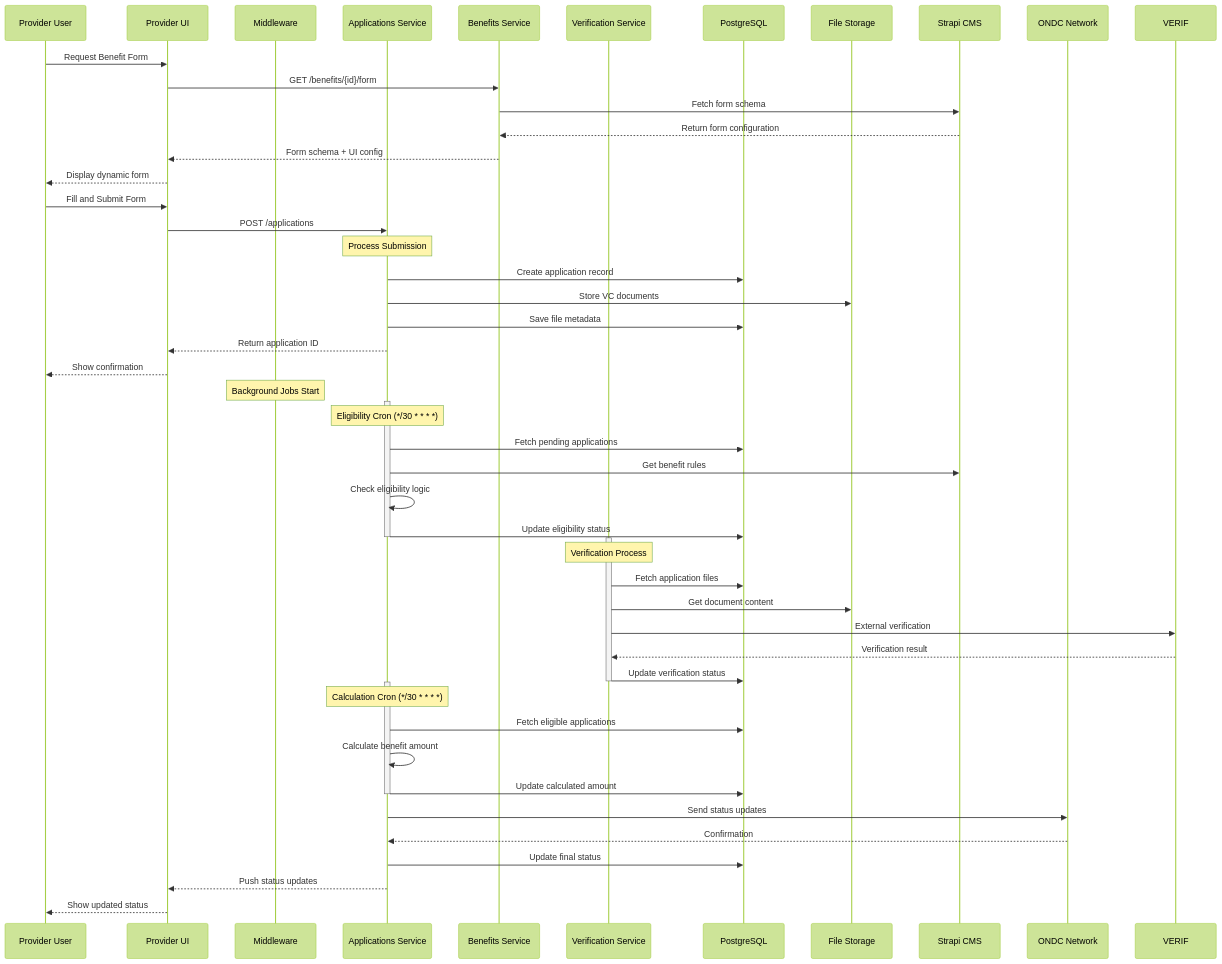
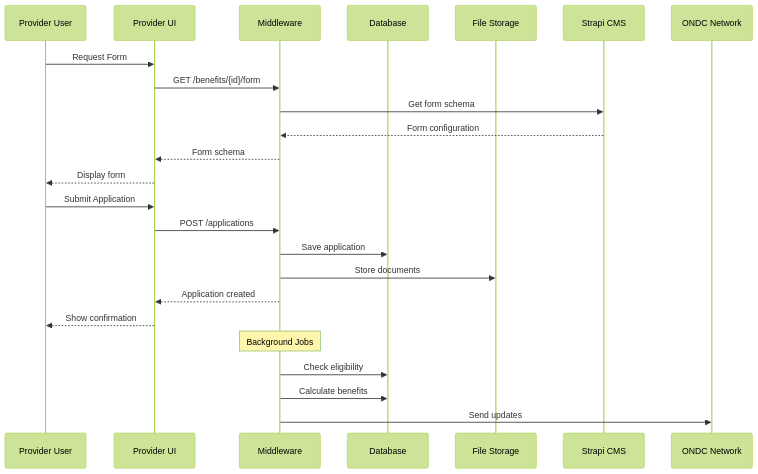
The fourth of 5 diagrams in docs/arch-diagram1.md (rajnishdargan/ubi-strapi-provider-mw), drawn with Mermaid (forest theme) before and after one commit. The commit also changed other lines of this file, not shown here.

Commit message:
Issue #246252 fix: Diagram Documentation

````diff
--- a/docs/arch-diagram1.md
+++ b/docs/arch-diagram1.md
@@ -160,69 +102,32 @@
 ```mermaid
 sequenceDiagram
     participant User as Provider User
     participant UI as Provider UI
     participant MW as Middleware
-    participant APP as Applications Service
-    participant BEN as Benefits Service
-    participant VER as Verification Service
-    participant DB as PostgreSQL
+    participant DB as Database
     participant FS as File Storage
     participant CMS as Strapi CMS
     participant ONDC as ONDC Network
 
-    %% Form Request and Submission
-    User->>UI: Request Benefit Form
-    UI->>BEN: GET /benefits/{id}/form
-    BEN->>CMS: Fetch form schema
-    CMS-->>BEN: Return form configuration
-    BEN-->>UI: Form schema + UI config
-    UI-->>User: Display dynamic form
+    %% Get Form
+    User->>UI: Request Form
+    UI->>MW: GET /benefits/{id}/form
+    MW->>CMS: Get form schema
+    CMS-->>MW: Form configuration
+    MW-->>UI: Form schema
+    UI-->>User: Display form
 
-    User->>UI: Fill and Submit Form
-    UI->>APP: POST /applications
-    Note over APP: Process Submission
-    APP->>DB: Create application record
-    APP->>FS: Store VC documents
-    APP->>DB: Save file metadata
-    APP-->>UI: Return application ID
+    %% Submit Application
+    User->>UI: Submit Application
+    UI->>MW: POST /applications
+    MW->>DB: Save application
+    MW->>FS: Store documents
+    MW-->>UI: Application created
     UI-->>User: Show confirmation
 
     %% Background Processing
-    Note over MW: Background Jobs Start
-    
-    %% Eligibility Check
-    activate APP
-    Note over APP: Eligibility Cron (*/30 * * * *)
-    APP->>DB: Fetch pending applications
-    APP->>CMS: Get benefit rules
-    APP->>APP: Check eligibility logic
-    APP->>DB: Update eligibility status
-    deactivate APP
-
-    %% Document Verification
-    activate VER
-    Note over VER: Verification Process
-    VER->>DB: Fetch application files
-    VER->>FS: Get document content
-    VER->>VERIF: External verification
-    VERIF-->>VER: Verification result
-    VER->>DB: Update verification status
-    deactivate VER
-
-    %% Benefit Calculation
-    activate APP
-    Note over APP: Calculation Cron (*/30 * * * *)
-    APP->>DB: Fetch eligible applications
-    APP->>APP: Calculate benefit amount
-    APP->>DB: Update calculated amount
-    deactivate APP
-
-    %% ONDC Integration
-    APP->>ONDC: Send status updates
-    ONDC-->>APP: Confirmation
-    APP->>DB: Update final status
-
-    %% Status Updates
-    APP-->>UI: Push status updates
-    UI-->>User: Show updated status
+    Note over MW: Background Jobs
+    MW->>DB: Check eligibility
+    MW->>DB: Calculate benefits
+    MW->>ONDC: Send updates
 ```
````
